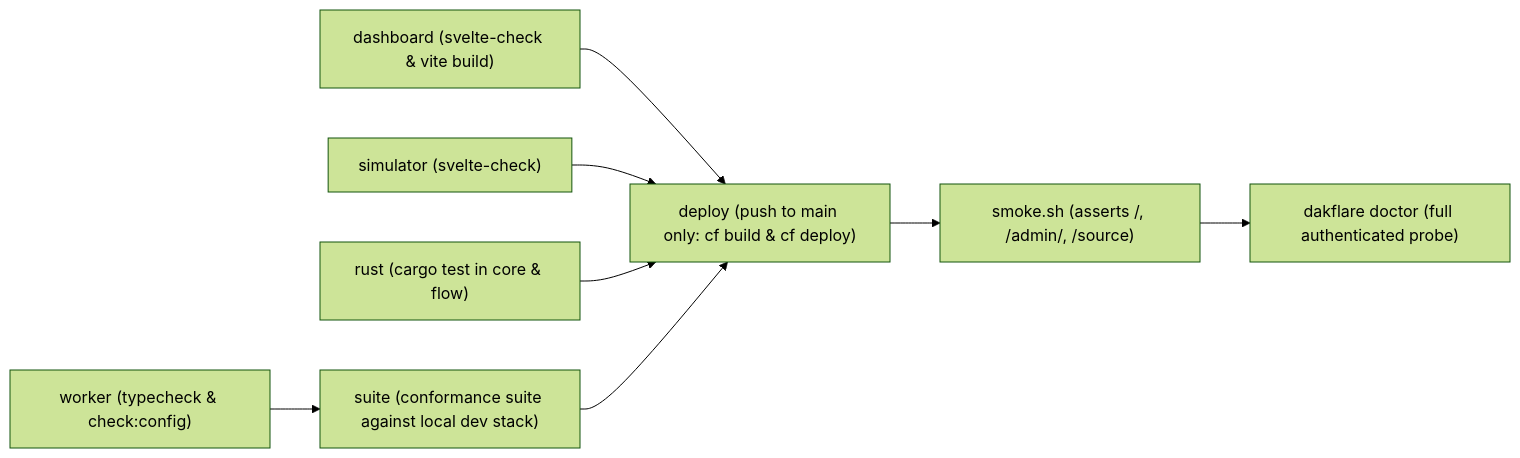
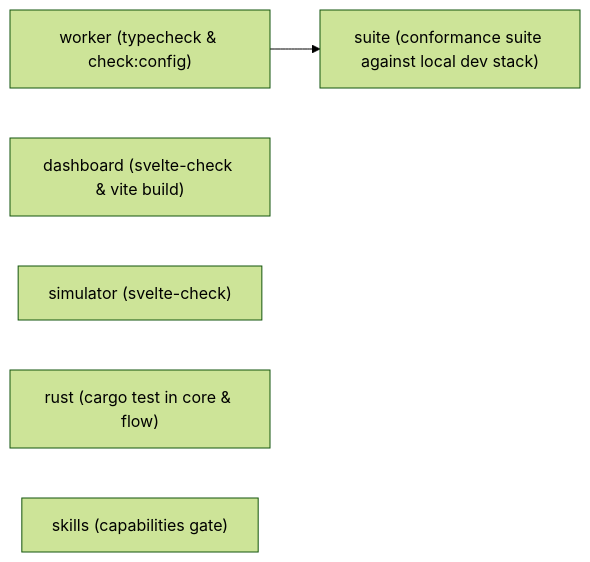
Before and after one commit to JonyBepary/dakflare: the diagram in docs/DAKFLARE_MASTER_SPECIFICATION.md, drawn with Mermaid (forest theme). The commit also changed other lines of this file and 1 other file, not shown here.

First line of the commit message:
docs(ops): there is no deploy job, and the secrets belong to migrations

````diff
--- a/docs/DAKFLARE_MASTER_SPECIFICATION.md
+++ b/docs/DAKFLARE_MASTER_SPECIFICATION.md
@@ -1152,10 +1154,9 @@
 ```mermaid
 flowchart LR
-    A["worker (typecheck & check:config)"] --> B["suite (conformance suite against local dev stack)"]
-    C["dashboard (svelte-check & vite build)"] --> E["deploy (push to main only: cf build & cf deploy)"]
-    D["simulator (svelte-check)"] --> E
-    F["rust (cargo test in core & flow)"] --> E
-    B --> E
-    E --> G["smoke.sh (asserts /, /admin/, /source)"]
-    G --> H["dakflare doctor (full authenticated probe)"]
+    A["worker (typecheck & check:config)"]
+    C["dashboard (svelte-check & vite build)"]
+    D["simulator (svelte-check)"]
+    F["rust (cargo test in core & flow)"]
+    S["skills (capabilities gate)"]
+    A --> B["suite (conformance suite against local dev stack)"]
 ```
````
